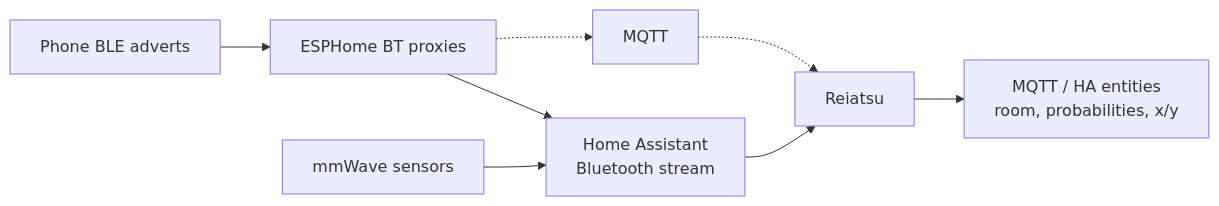
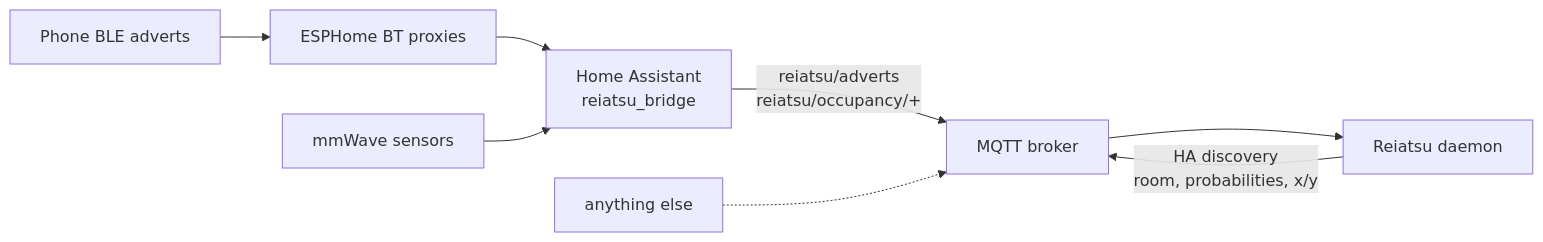
One commit to arunoruto/reiatsu changed the diagram in README.md. Above: the diagram before and after it, drawn with Mermaid. The commit also changed other lines of this file and 20 other files, not shown here.

First line of the commit message:
feat: HA bridge integration and MQTT daemon with record/replay

````diff
--- a/README.md
+++ b/README.md
@@ -78,10 +79,10 @@
 ```mermaid
 flowchart LR
     P[Phone BLE adverts] --> E[ESPHome BT proxies]
-    E --> HA[Home Assistant<br/>Bluetooth stream]
-    E -.-> M[MQTT]
+    E --> HA[Home Assistant<br/>reiatsu_bridge]
     S[mmWave sensors] --> HA
-    HA --> R[Reiatsu]
-    M -.-> R
-    R --> O[MQTT / HA entities<br/>room, probabilities, x/y]
+    HA -->|reiatsu/adverts<br/>reiatsu/occupancy/+| M[MQTT broker]
+    X[anything else] -.-> M
+    M --> R[Reiatsu daemon]
+    R -->|HA discovery<br/>room, probabilities, x/y| M
 ```
````
